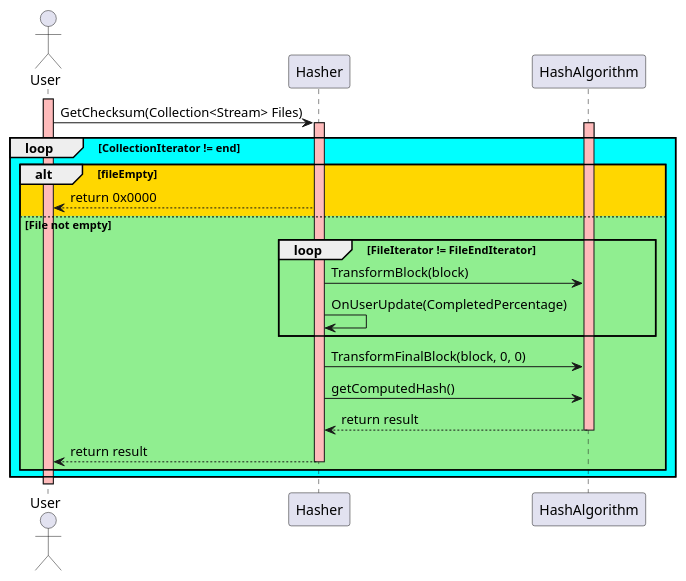
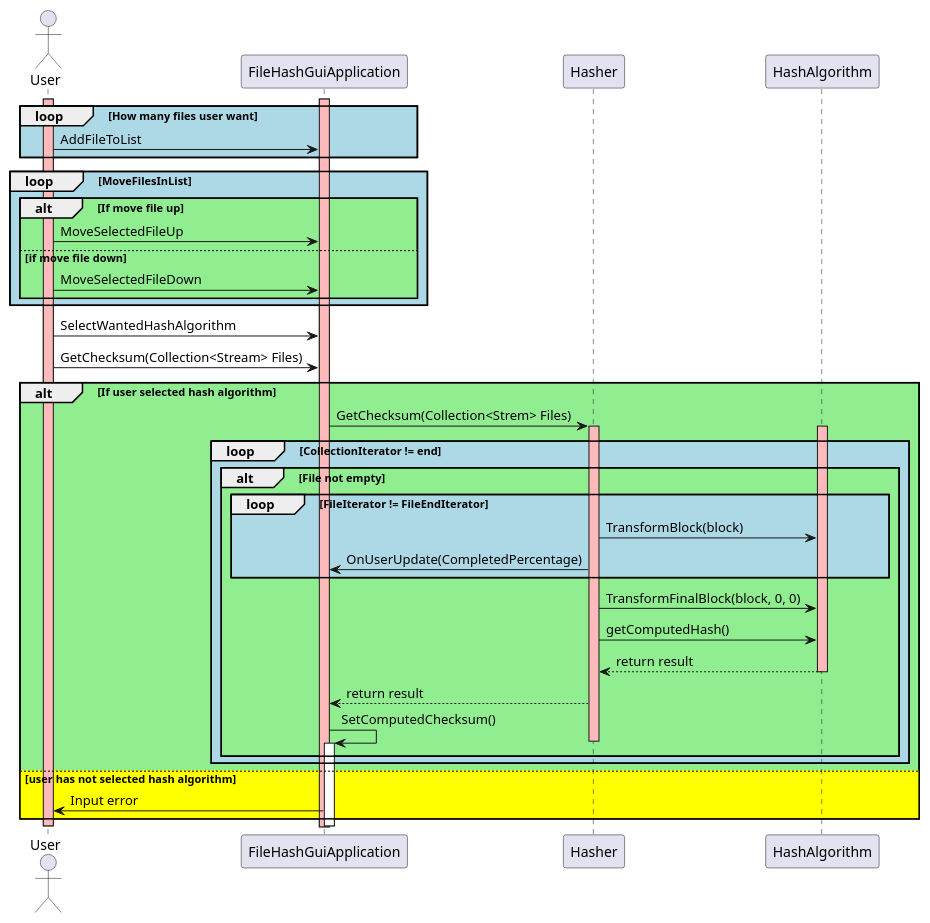
Before and after one commit to igobrado/File-hash: the diagram in doc/drawings/ChecksumCalculationRoutine.wsd, drawn with PlantUML. The commit also changed 1 other file, not shown here.

Commit message:
Finalize plantuml rutines in design

```diff
--- a/doc/drawings/ChecksumCalculationRoutine.wsd
+++ b/doc/drawings/ChecksumCalculationRoutine.wsd
@@ -1,37 +1,60 @@
 @startuml ChecksumCalculationRoutineSeq
 
-
 actor User
+participant FileHashGuiApplication
 participant Hasher
 participant HashAlgorithm
 
 activate User #FFBBBB
+activate FileHashGuiApplication #FFBBBB
 
-User -> Hasher : GetChecksum(Collection<Stream> Files)
-activate Hasher #FFBBBB
-activate HashAlgorithm #FFBBBB
+loop #LightBlue How many files user want
+    User -> FileHashGuiApplication : AddFileToList
+end loop
 
-loop #Cyan CollectionIterator != end 
-    alt #Gold fileEmpty
-        Hasher --> User  : return 0x0000
-    else #LightGreen File not empty
-        loop FileIterator != FileEndIterator
-            Hasher -> HashAlgorithm : TransformBlock(block)
-            Hasher -> Hasher : OnUserUpdate(CompletedPercentage)
-        end
-        Hasher -> HashAlgorithm : TransformFinalBlock(block, 0, 0)
-
-        Hasher -> HashAlgorithm : getComputedHash()
-        HashAlgorithm --> Hasher : return result
-        deactivate HashAlgorithm
-
-        Hasher --> User : return result
-        
-        deactivate Hasher
+loop #LightBlue MoveFilesInList
+    alt #LightGreen If move file up
+        User -> FileHashGuiApplication : MoveSelectedFileUp
+    else if move file down
+        User -> FileHashGuiApplication : MoveSelectedFileDown
     end
 end
+
+User -> FileHashGuiApplication : SelectWantedHashAlgorithm
+User -> FileHashGuiApplication : GetChecksum(Collection<Stream> Files)
+
+alt #LightGreen If user selected hash algorithm
+    FileHashGuiApplication -> Hasher : GetChecksum(Collection<Strem> Files)
+    activate Hasher #FFBBBB
+    activate HashAlgorithm #FFBBBB
+
+    loop #LightBlue CollectionIterator != end 
+        alt #LightGreen File not empty
+            loop #LightBlue FileIterator != FileEndIterator
+                Hasher -> HashAlgorithm : TransformBlock(block)
+                Hasher -> FileHashGuiApplication : OnUserUpdate(CompletedPercentage)
+            end
+            Hasher -> HashAlgorithm : TransformFinalBlock(block, 0, 0)
+
+            Hasher -> HashAlgorithm : getComputedHash()
+            HashAlgorithm --> Hasher : return result
+            deactivate HashAlgorithm
+
+            Hasher --> FileHashGuiApplication : return result
+
+            FileHashGuiApplication -> FileHashGuiApplication : SetComputedChecksum()
+            activate FileHashGuiApplication
+
+            deactivate Hasher
+        end
+    end
+else #Yellow user has not selected hash algorithm
+    FileHashGuiApplication -> User : Input error
+end
+
 deactivate HashAlgorithm #FFBBBB
 deactivate User #FFBBBB
+deactivate FileHashGuiApplication #FFBBBB
 
 
 @enduml
```
